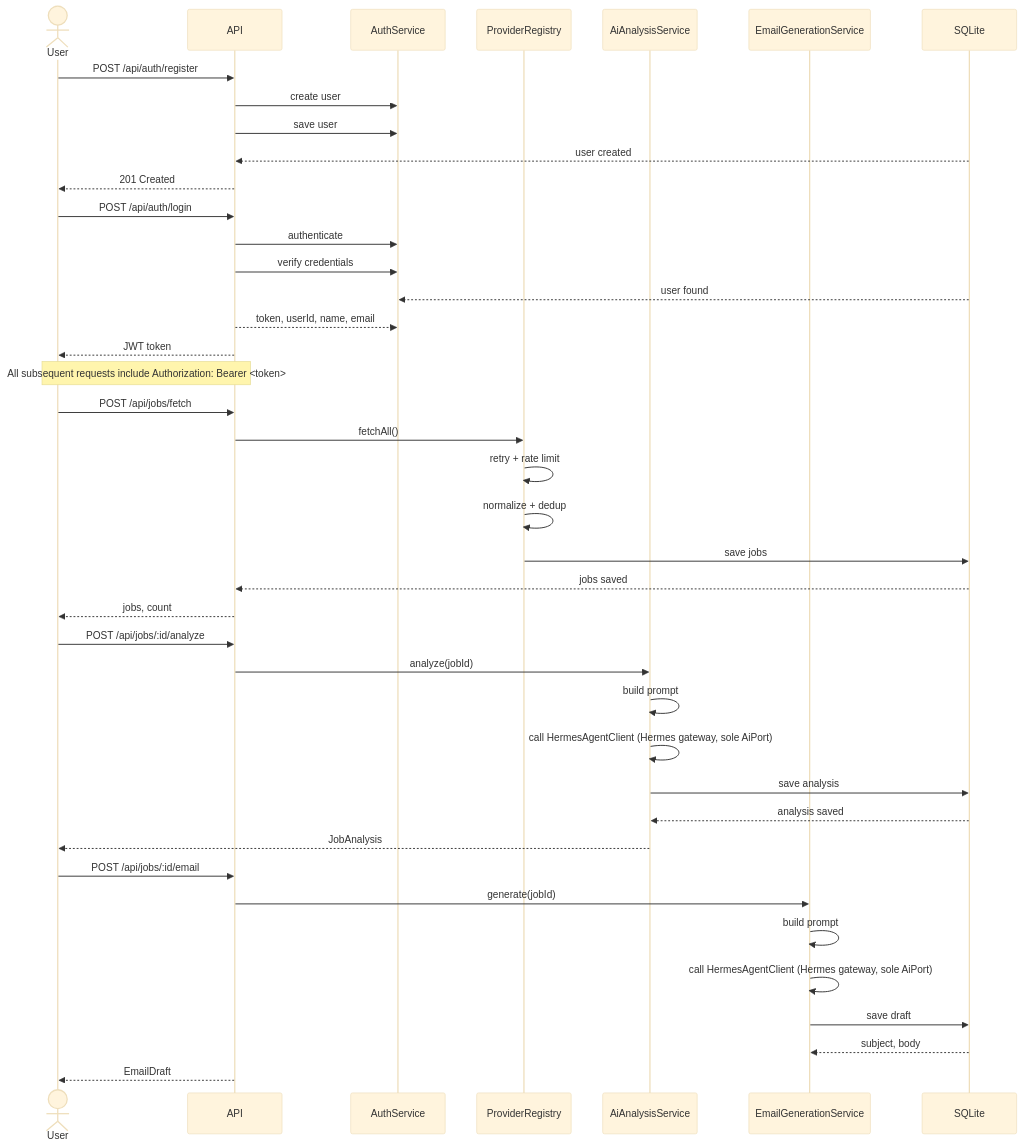
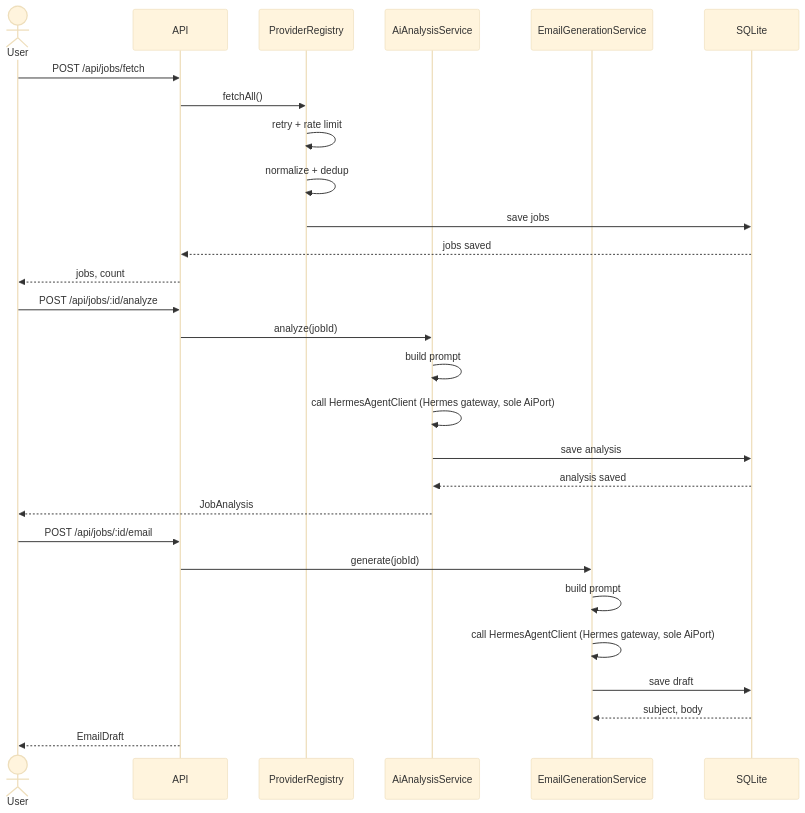
Before and after one commit to Uzzoper/job-hunter: the second of 6 diagrams in README.md, drawn with Mermaid (base theme). The commit also changed other lines of this file and 5 other files, not shown here.

Commit message:
refactor: remove JWT/auth from docs, config, AGENTS.md (self-hosted)

````diff
--- a/README.md
+++ b/README.md
@@ -221,49 +208,33 @@
 ```mermaid
 sequenceDiagram
     actor User
     participant API
-    participant Auth as AuthService
     participant Scraper as ProviderRegistry
     participant AI as AiAnalysisService
     participant Email as EmailGenerationService
     participant DB as SQLite
-
-    User ->> API: POST /api/auth/register
-    API ->> Auth: create user
-    API ->> Auth: save user
-    DB -->> API: user created
-    API -->> User: 201 Created
-
-    User ->> API: POST /api/auth/login
-    API ->> Auth: authenticate
-    API ->> Auth: verify credentials
-    DB -->> Auth: user found
-    API -->> Auth: token, userId, name, email
-    API -->> User: JWT token
-
-    Note over User,API: All subsequent requests include Authorization: Bearer <token>
 
     User ->> API: POST /api/jobs/fetch
     API ->> Scraper: fetchAll()
     Scraper ->> Scraper: retry + rate limit
     Scraper ->> Scraper: normalize + dedup
     Scraper ->> DB: save jobs
     DB -->> API: jobs saved
     API -->> User: jobs, count
 
     User ->> API: POST /api/jobs/:id/analyze
     API ->> AI: analyze(jobId)
     AI ->> AI: build prompt
     AI ->> AI: call HermesAgentClient (Hermes gateway, sole AiPort)
     AI ->> DB: save analysis
     DB -->> AI: analysis saved
     AI -->> User: JobAnalysis
 
     User ->> API: POST /api/jobs/:id/email
     API ->> Email: generate(jobId)
     Email ->> Email: build prompt
     Email ->> Email: call HermesAgentClient (Hermes gateway, sole AiPort)
     Email ->> DB: save draft
     DB -->> Email: subject, body
     API -->> User: EmailDraft
 ```
````
